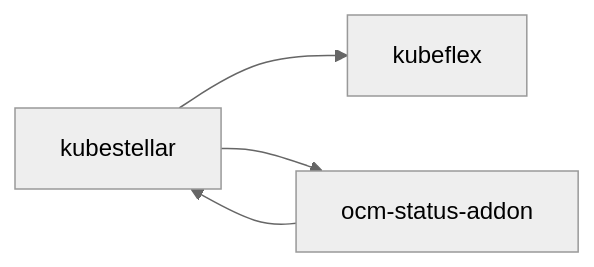
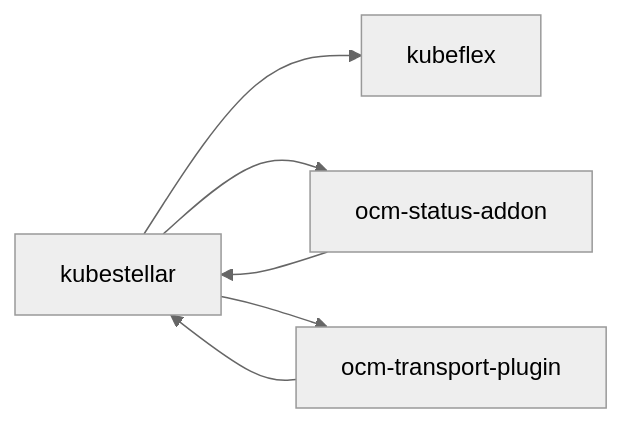
The first of 5 diagrams in docs/content/direct/packaging.md (kubestellar/docs), drawn with Mermaid (neutral theme) before and after one commit. The commit also changed other lines of this file and 123 other files, not shown here.

````diff
--- a/docs/content/direct/packaging.md
+++ b/docs/content/direct/packaging.md
@@ -7,6 +7,8 @@
 ```mermaid
 flowchart LR
     kubestellar --> kubeflex
     kubestellar --> ocm-status-addon
     ocm-status-addon --> kubestellar
+    ocm-transport-plugin --> kubestellar
+    kubestellar --> ocm-transport-plugin
 ```
````
